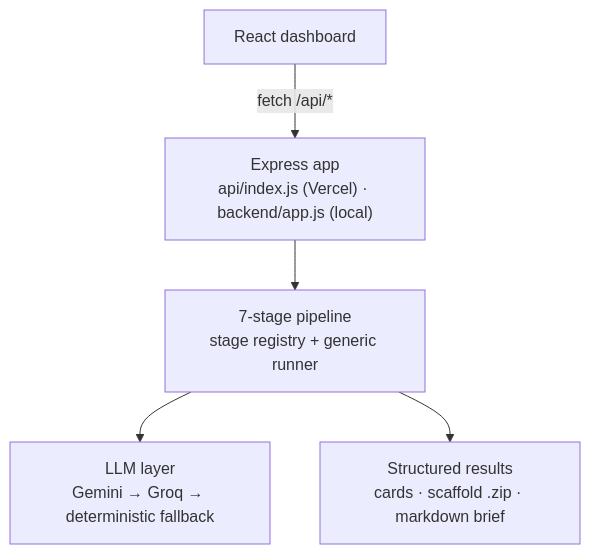
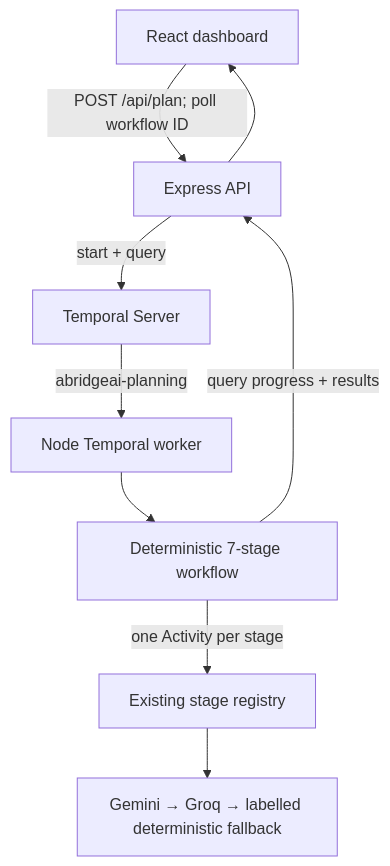
The diagram in README.md (Sumitrathod16/Abridge-Ai), drawn with Mermaid before and after one commit. The commit also changed other lines of this file and 25 other files, not shown here.

Commit message:
Implement durable Temporal planning workflows

````diff
--- a/README.md
+++ b/README.md
@@ -88,7 +88,11 @@
 ```mermaid
 flowchart TD
-    UI["React dashboard"] -->|"fetch /api/*"| API["Express app<br/>api/index.js (Vercel) · backend/app.js (local)"]
-    API --> PIPE["7-stage pipeline<br/>stage registry + generic runner"]
-    PIPE --> LLM["LLM layer<br/>Gemini → Groq → deterministic fallback"]
-    PIPE --> OUT["Structured results<br/>cards · scaffold .zip · markdown brief"]
+    UI["React dashboard"] -->|"POST /api/plan; poll workflow ID"| API["Express API"]
+    API -->|"start + query"| TS["Temporal Server"]
+    TS -->|"abridgeai-planning"| WORKER["Node Temporal worker"]
+    WORKER --> WF["Deterministic 7-stage workflow"]
+    WF -->|"one Activity per stage"| PIPE["Existing stage registry"]
+    PIPE --> LLM["Gemini → Groq → labelled deterministic fallback"]
+    WF -->|"query progress + results"| API
+    API --> UI
 ```
````
